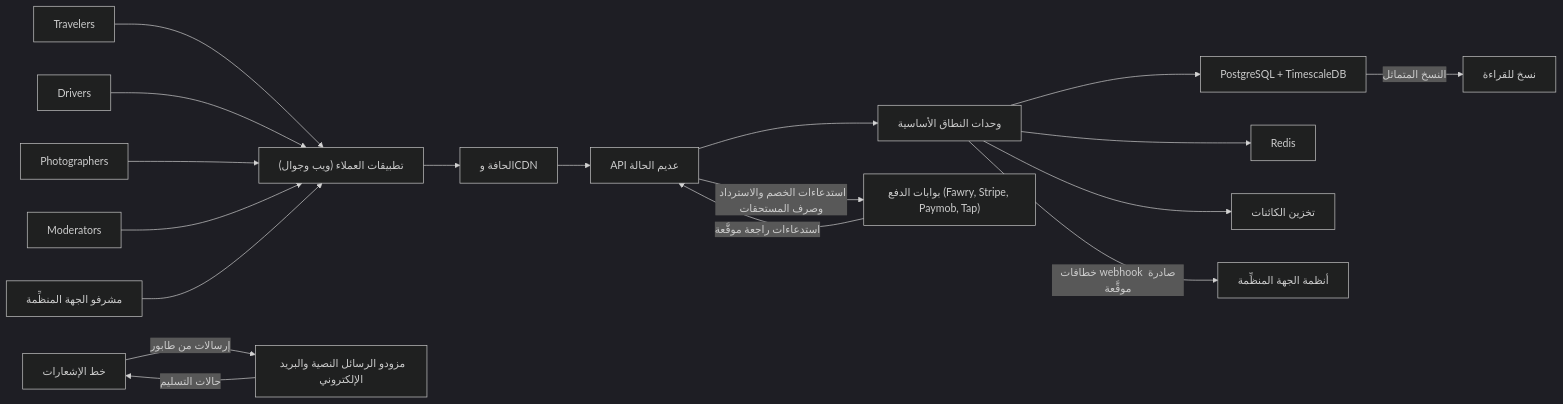
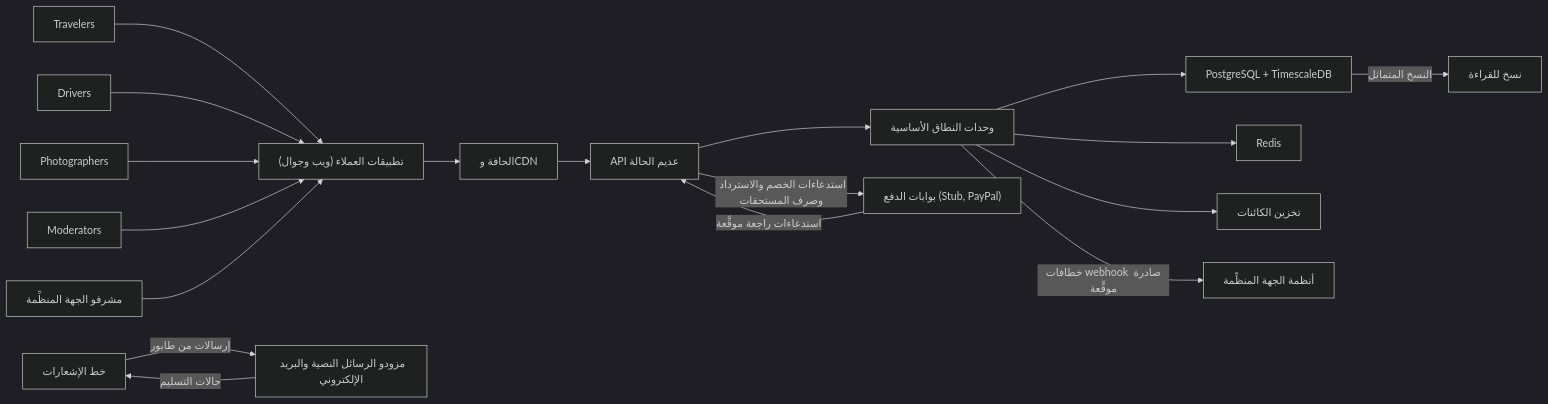
Before and after one commit to mohamedhabibwork/trips-enjoy-docs: the second of 2 diagrams in content/docs/ar/architecture/index.mdx, drawn with Mermaid (dark theme). The commit also changed other lines of this file and 117 other files, not shown here.

````diff
--- a/content/docs/ar/architecture/index.mdx
+++ b/content/docs/ar/architecture/index.mdx
@@ -115,20 +115,20 @@
 ```mermaid
 flowchart LR
   T[Travelers] --> Apps
   D[Drivers] --> Apps
   PH[Photographers] --> Apps
   MO[Moderators] --> Apps
   OA["مشرفو الجهة المنظِّمة"] --> Apps
   Apps["تطبيقات العملاء (ويب وجوال)"] --> Edge["الحافة وCDN"]
   Edge --> API["API عديم الحالة"]
   API --> Core["وحدات النطاق الأساسية"]
   Core --> DB["PostgreSQL + TimescaleDB"]
   DB -->|"النسخ المتماثل"| RR["نسخ للقراءة"]
   Core --> Redis[Redis]
   Core --> Store["تخزين الكائنات"]
-  Pay["بوابات الدفع (Fawry, Stripe, Paymob, Tap)"] -->|"استدعاءات راجعة موقَّعة"| API
+  Pay["بوابات الدفع (Stub, PayPal)"] -->|"استدعاءات راجعة موقَّعة"| API
   API -->|"استدعاءات الخصم والاسترداد وصرف المستحقات"| Pay
   Ntf["خط الإشعارات"] -->|"إرسالات من طابور"| Msg["مزودو الرسائل النصية والبريد الإلكتروني"]
   Msg -->|"حالات التسليم"| Ntf
   Core -->|"خطافات webhook صادرة موقَّعة"| Org["أنظمة الجهة المنظِّمة"]
 ```
````
